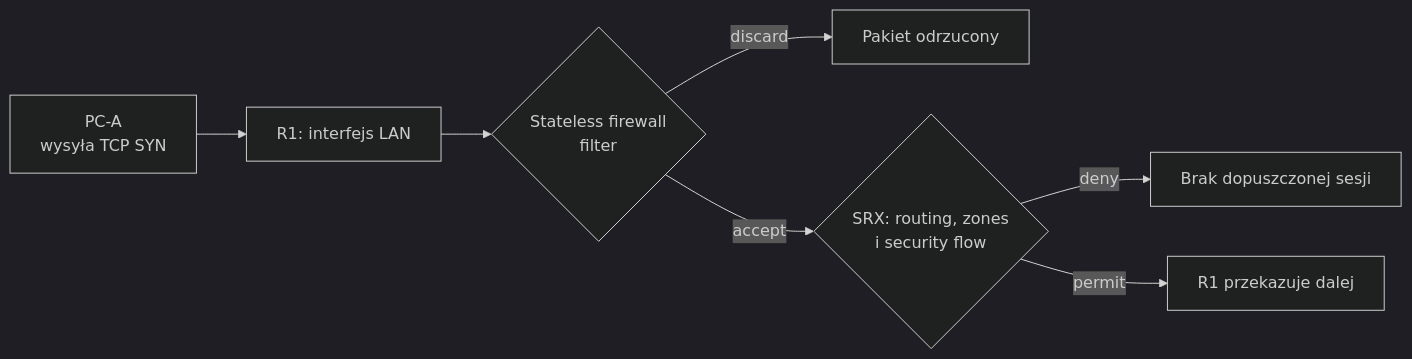
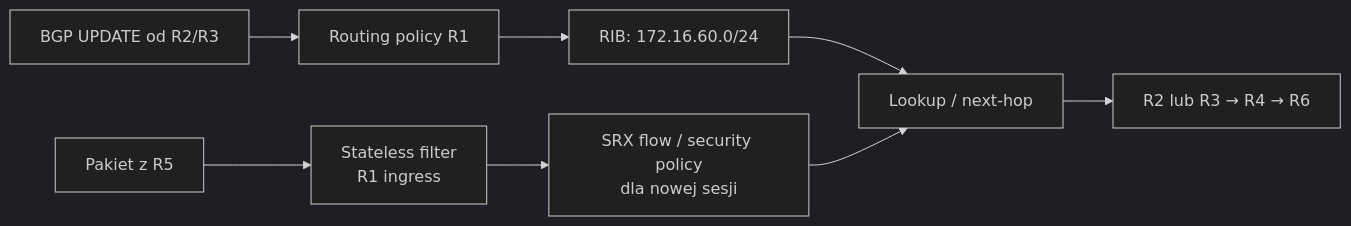
Before and after one commit to nelto79/jncip: the sixth of 8 diagrams in docs/chapters/JUNOS_Rozdzial_08_Routing_Policy_and_Firewall_Filters.md, drawn with Mermaid (dark theme). The commit also changed other lines of this file, not shown here.

Commit message:
docs(ch08): replace previous chapter with full source-checked DIAMOND-6R six-vSRX rewrite

````diff
--- a/docs/chapters/JUNOS_Rozdzial_08_Routing_Policy_and_Firewall_Filters.md
+++ b/docs/chapters/JUNOS_Rozdzial_08_Routing_Policy_and_Firewall_Filters.md
@@ -426,9 +553,10 @@
 ```mermaid
 flowchart LR
-    P["PC-A<br/>wysyła TCP SYN"] --> I["R1: interfejs LAN"]
-    I --> F{"Stateless firewall<br/>filter"}
-    F -->|discard| D["Pakiet odrzucony"]
-    F -->|accept| S{"SRX: routing, zones<br/>i security flow"}
-    S -->|deny| D2["Brak dopuszczonej sesji"]
-    S -->|permit| O["R1 przekazuje dalej"]
+    UP["BGP UPDATE od R2/R3"] --> RP["Routing policy R1"]
+    RP --> RIB["RIB: 172.16.60.0/24"]
+    P["Pakiet z R5"] --> FF["Stateless filter<br/>R1 ingress"]
+    FF --> SRX["SRX flow / security policy<br/>dla nowej sesji"]
+    RIB --> F["Lookup / next-hop"]
+    SRX --> F
+    F --> WAN["R2 lub R3 → R4 → R6"]
 ```
````
